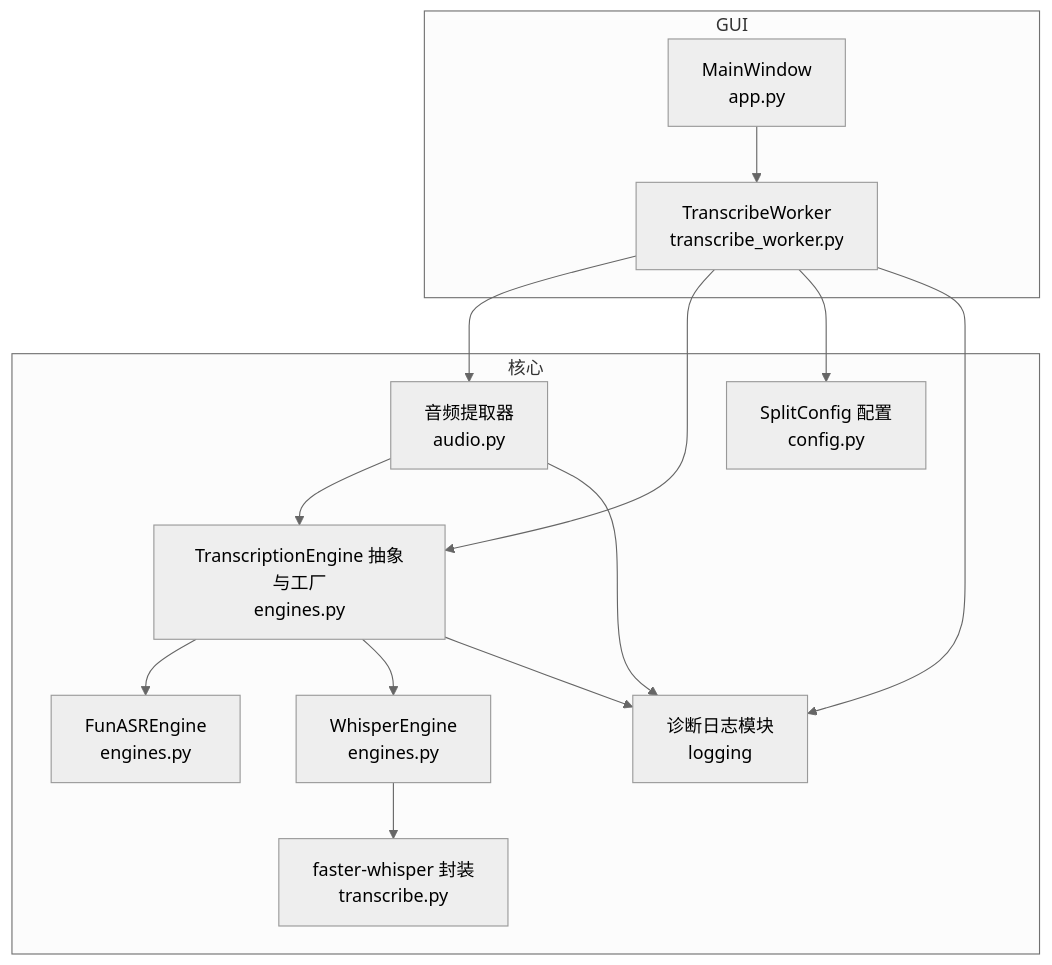
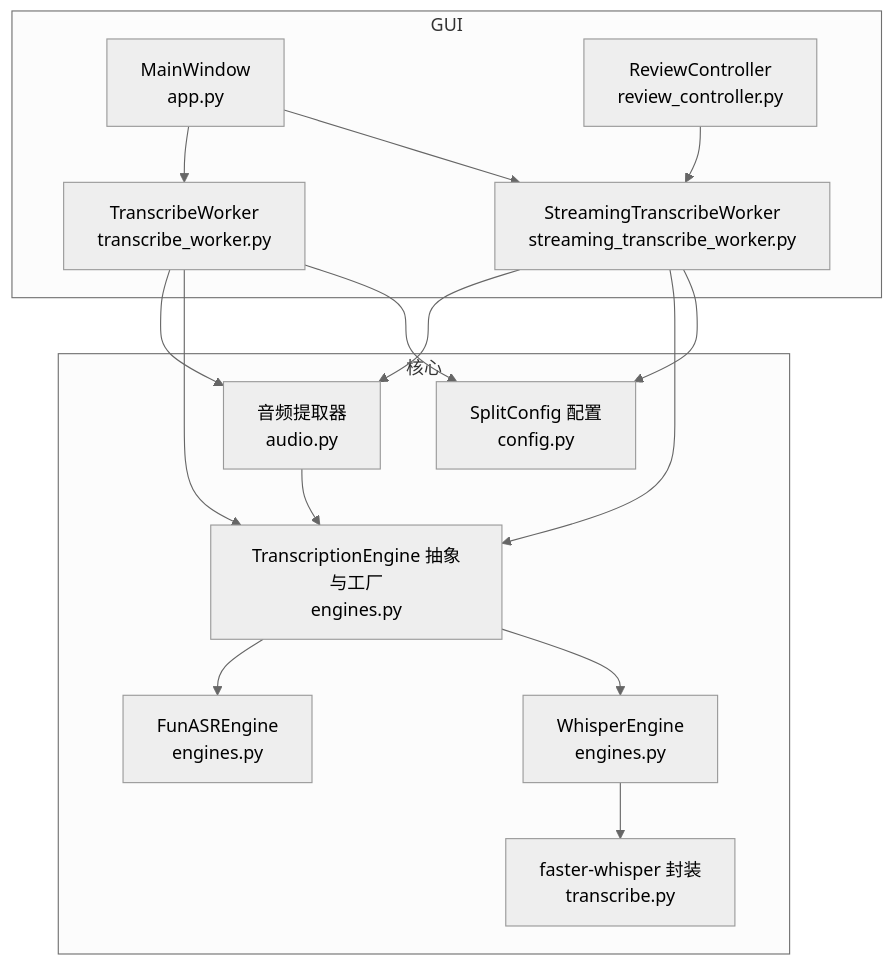
Before and after one commit to boyingliu01/VideoSplitter: the first of 6 diagrams in .qoder/repowiki/zh/content/用户界面/转录工作线程.md, drawn with Mermaid (neutral theme). The commit also changed other lines of this file and 147 other files, not shown here.

````diff
--- a/.qoder/repowiki/zh/content/用户界面/转录工作线程.md
+++ b/.qoder/repowiki/zh/content/用户界面/转录工作线程.md
@@ -41,27 +45,30 @@
 ```mermaid
 graph TB
 subgraph "GUI"
 MW["MainWindow<br/>app.py"]
 Worker["TranscribeWorker<br/>transcribe_worker.py"]
+StreamingWorker["StreamingTranscribeWorker<br/>streaming_transcribe_worker.py"]
+ReviewCtrl["ReviewController<br/>review_controller.py"]
 end
 subgraph "核心"
 Audio["音频提取器<br/>audio.py"]
 Engines["TranscriptionEngine 抽象与工厂<br/>engines.py"]
 FunASR["FunASREngine<br/>engines.py"]
 WhisperEng["WhisperEngine<br/>engines.py"]
 WhisperCore["faster-whisper 封装<br/>transcribe.py"]
 Config["SplitConfig 配置<br/>config.py"]
-Logger["诊断日志模块<br/>logging"]
 end
 MW --> Worker
+MW --> StreamingWorker
+StreamingWorker --> Audio
+StreamingWorker --> Engines
 Worker --> Audio
 Worker --> Engines
+ReviewCtrl --> StreamingWorker
 Audio --> Engines
 Engines --> FunASR
 Engines --> WhisperEng
 WhisperEng --> WhisperCore
 Worker --> Config
-Worker --> Logger
-Engines --> Logger
-Audio --> Logger
+StreamingWorker --> Config
 ```
````
